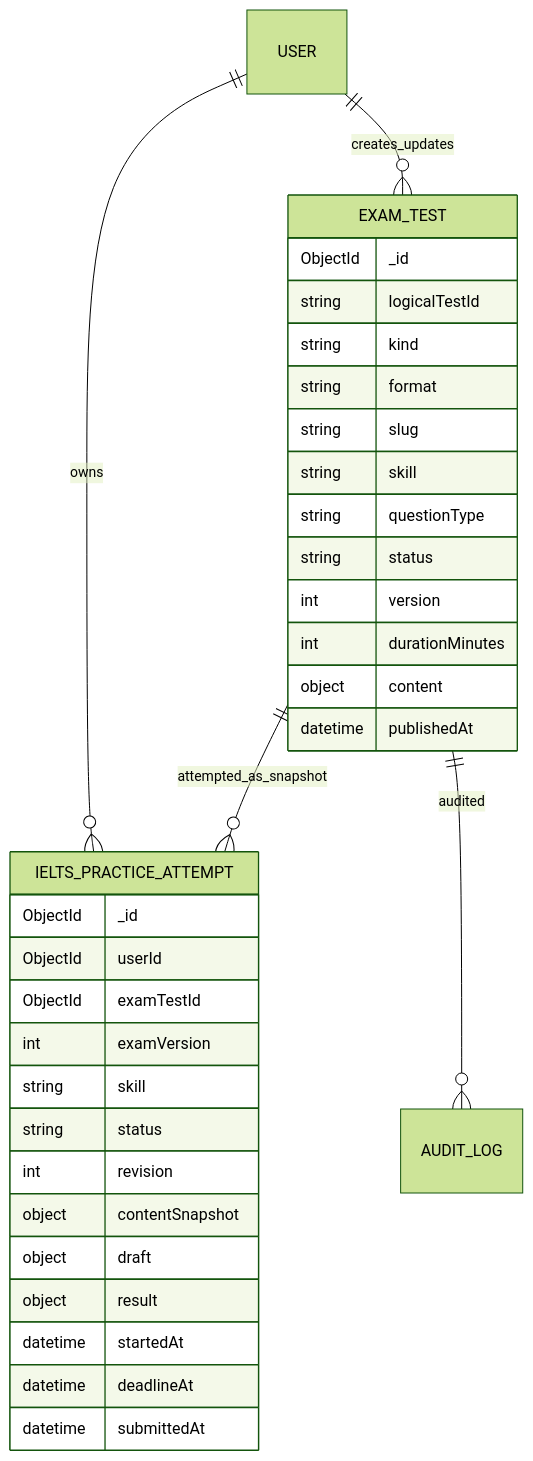
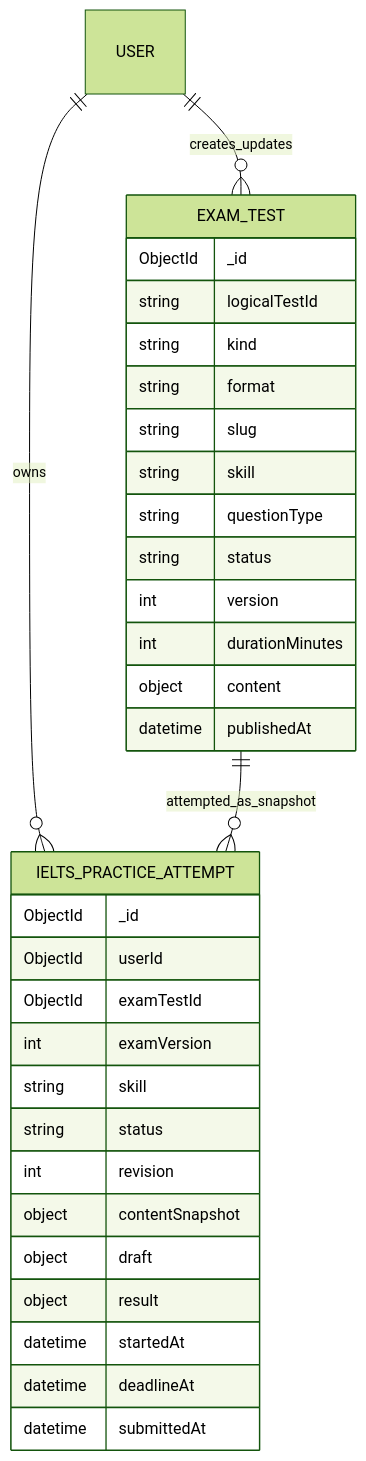
The first of 2 diagrams in docs/ielts-practice/data-model.md (nguyen-le-huy/unilish), drawn with Mermaid (forest theme) before and after one commit. The commit also changed 61 other files, not shown here.

````diff
--- a/docs/ielts-practice/data-model.md
+++ b/docs/ielts-practice/data-model.md
@@ -16,36 +16,35 @@
 ```mermaid
 erDiagram
     USER ||--o{ IELTS_PRACTICE_ATTEMPT : owns
     USER ||--o{ EXAM_TEST : creates_updates
     EXAM_TEST ||--o{ IELTS_PRACTICE_ATTEMPT : attempted_as_snapshot
-    EXAM_TEST ||--o{ AUDIT_LOG : audited
     EXAM_TEST {
         ObjectId _id
         string logicalTestId
         string kind
         string format
         string slug
         string skill
         string questionType
         string status
         int version
         int durationMinutes
         object content
         datetime publishedAt
     }
     IELTS_PRACTICE_ATTEMPT {
         ObjectId _id
         ObjectId userId
         ObjectId examTestId
         int examVersion
         string skill
         string status
         int revision
         object contentSnapshot
         object draft
         object result
         datetime startedAt
         datetime deadlineAt
         datetime submittedAt
     }
 ```
````
